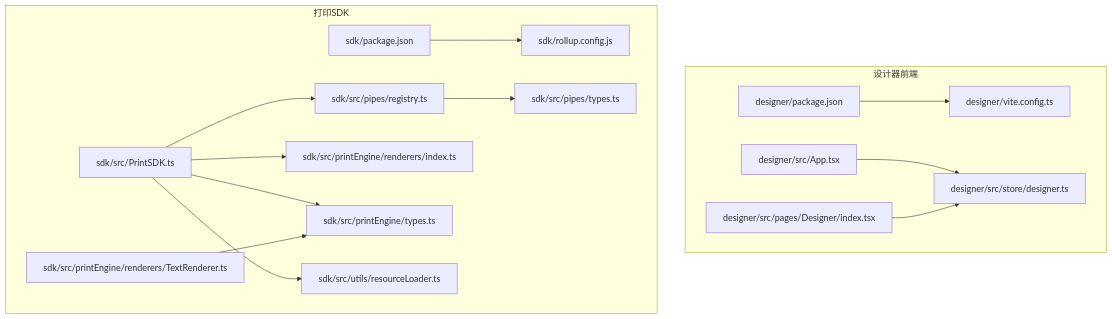
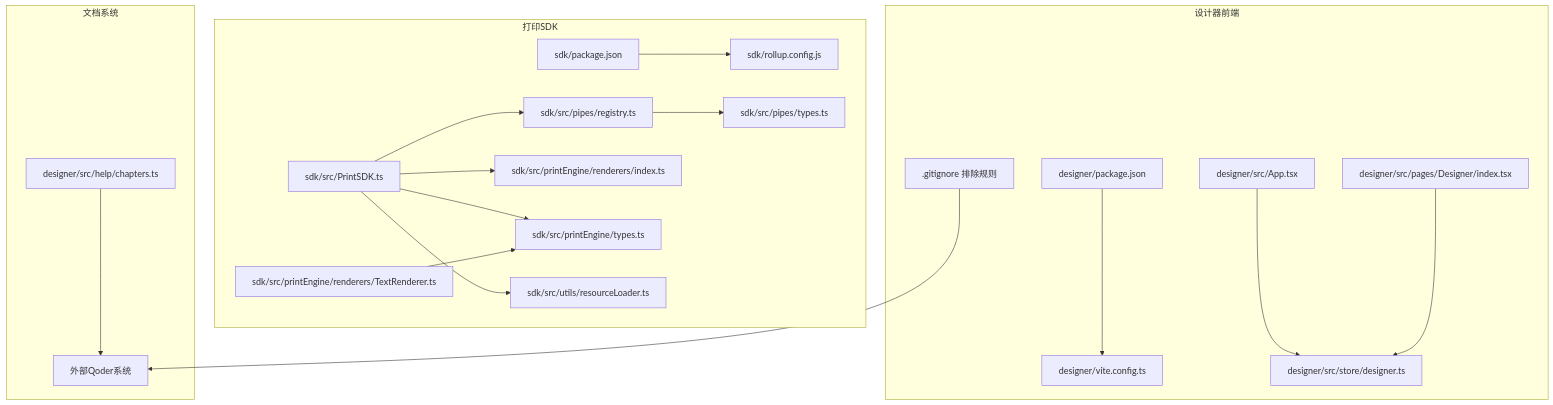
The first of 8 diagrams in .qoder/repowiki/zh/content/项目概述/技术栈.md (joker-yjc/printer), drawn with Mermaid before and after one commit. The commit also changed other lines of this file and 4 other files, not shown here.

````diff
--- a/.qoder/repowiki/zh/content/项目概述/技术栈.md
+++ b/.qoder/repowiki/zh/content/项目概述/技术栈.md
@@ -46,31 +57,38 @@
 ```mermaid
 graph TB
 subgraph "设计器前端"
 D_PKG["designer/package.json"]
 D_VITE["designer/vite.config.ts"]
 D_APP["designer/src/App.tsx"]
 D_STORE["designer/src/store/designer.ts"]
 D_DESIGNER_PAGE["designer/src/pages/Designer/index.tsx"]
+D_GITIGNORE[".gitignore 排除规则"]
 end
 subgraph "打印SDK"
 S_PKG["sdk/package.json"]
 S_ROLLUP["sdk/rollup.config.js"]
 S_SDK["sdk/src/PrintSDK.ts"]
 S_PIPE_REG["sdk/src/pipes/registry.ts"]
 S_RENDER_IDX["sdk/src/printEngine/renderers/index.ts"]
 S_TYPES["sdk/src/printEngine/types.ts"]
 S_PIPE_TYPES["sdk/src/pipes/types.ts"]
 S_TEXT_R["sdk/src/printEngine/renderers/TextRenderer.ts"]
 S_RES["sdk/src/utils/resourceLoader.ts"]
 end
+subgraph "文档系统"
+QODER["外部Qoder系统"]
+CHAPTERS["designer/src/help/chapters.ts"]
+end
 D_PKG --> D_VITE
 D_APP --> D_STORE
 D_DESIGNER_PAGE --> D_STORE
 S_PKG --> S_ROLLUP
 S_SDK --> S_PIPE_REG
 S_SDK --> S_RENDER_IDX
 S_SDK --> S_TYPES
 S_PIPE_REG --> S_PIPE_TYPES
 S_TEXT_R --> S_TYPES
 S_SDK --> S_RES
+CHAPTERS --> QODER
+D_GITIGNORE --> QODER
 ```
````
